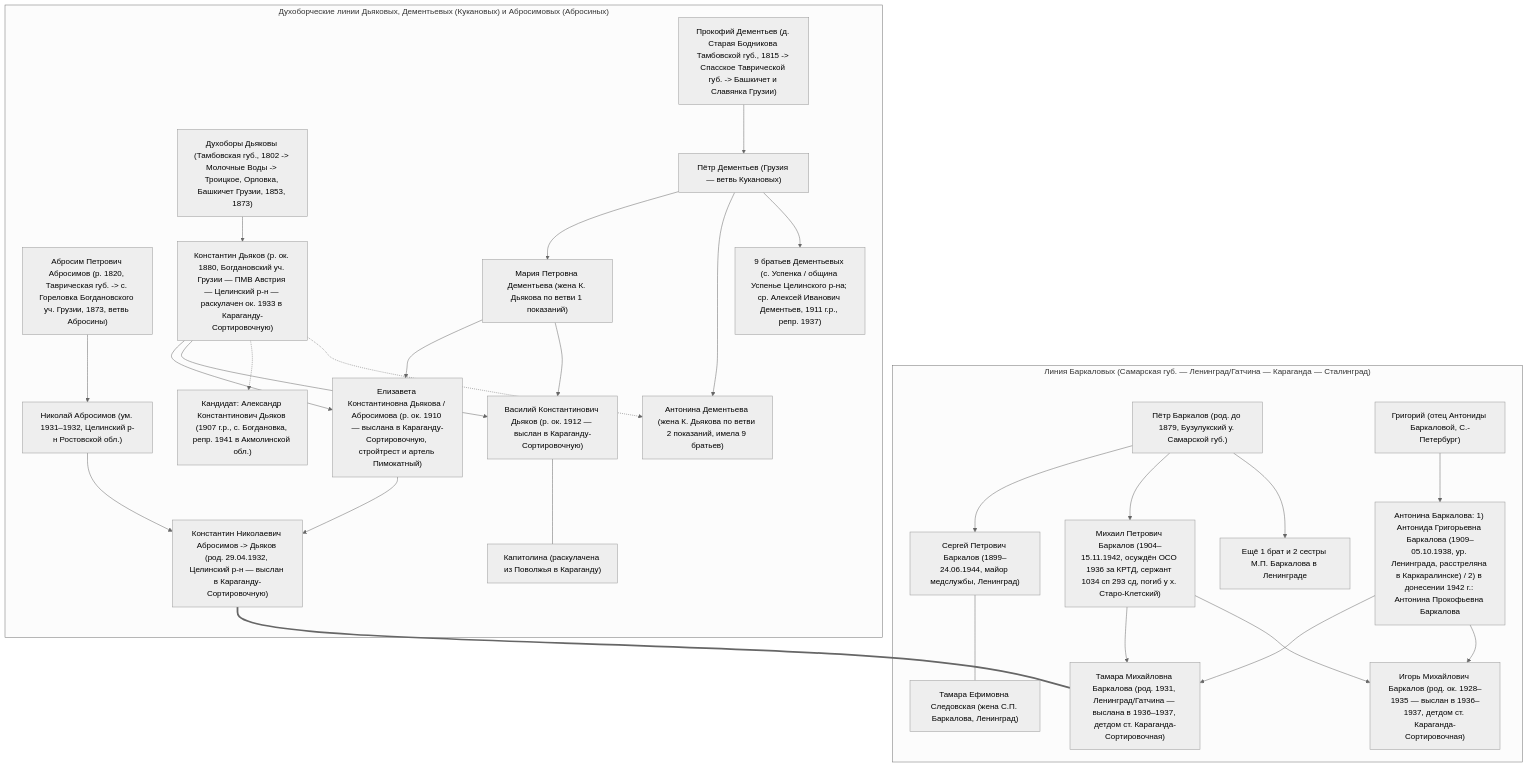
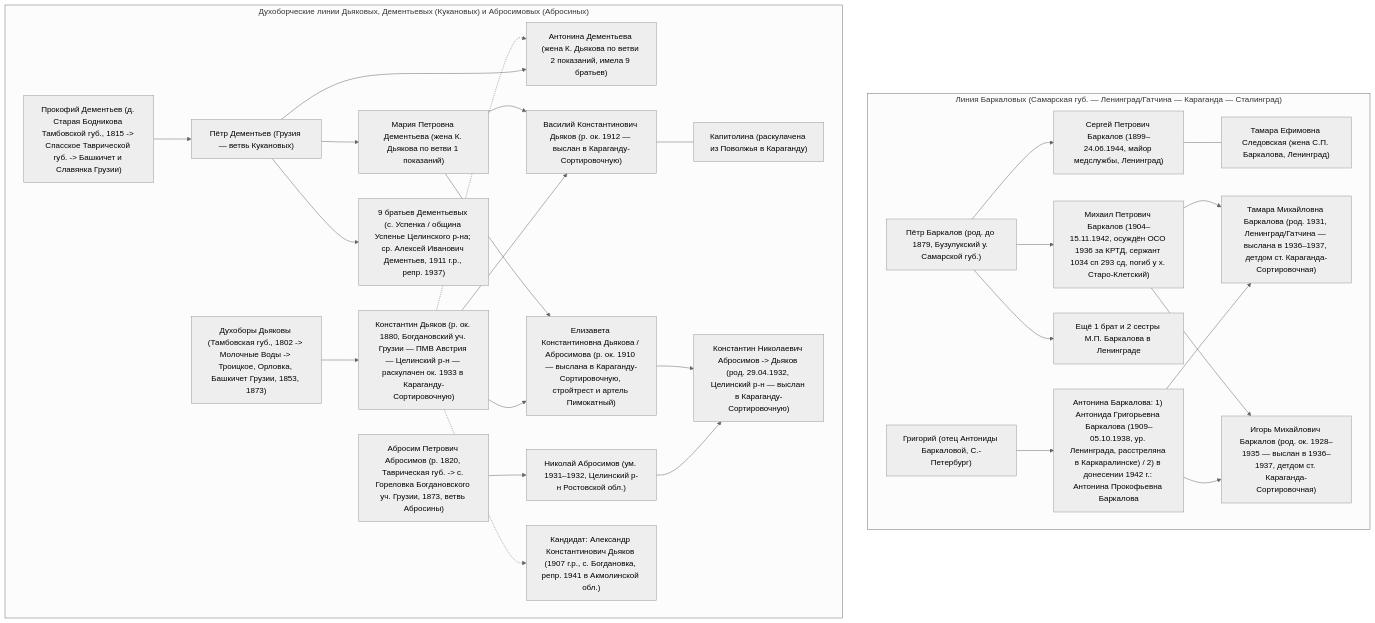
One commit to michaelyosta/barkalov-dyakov-genealogy changed the diagram in master_investigation_report.md. Above: the diagram before and after it, drawn with Mermaid (neutral theme). The commit also changed other lines of this file and 4 other files, not shown here.

````diff
--- a/master_investigation_report.md
+++ b/master_investigation_report.md
@@ -107,57 +107,57 @@
 ```mermaid
 flowchart TD
     subgraph BARK["Линия Баркаловых (Самарская губ. — Ленинград/Гатчина — Караганда — Сталинград)"]
         P_PETR["Пётр Баркалов (род. до 1879, Бузулукский у. Самарской губ.)"]
         P_GRIG["Григорий (отец Антониды Баркаловой, С.-Петербург)"]
         P_SERG["Сергей Петрович Баркалов (1899–24.06.1944, майор медслужбы, Ленинград)"]
         P_SLEDOV["Тамара Ефимовна Следовская (жена С.П. Баркалова, Ленинград)"]
         P_MIKH["Михаил Петрович Баркалов (1904–15.11.1942, осуждён ОСО 1936 за КРТД, сержант 1034 сп 293 сд, погиб у х. Старо-Клетский)"]
         P_ANT["Антонина Баркалова: 1) Антонида Григорьевна Баркалова (1909–05.10.1938, ур. Ленинграда, расстреляна в Каркаралинске) / 2) в донесении 1942 г.: Антонина Прокофьевна Баркалова"]
         P_SIB["Ещё 1 брат и 2 сестры М.П. Баркалова в Ленинграде"]
         P_TAM["Тамара Михайловна Баркалова (род. 1931, Ленинград/Гатчина — выслана в 1936–1937, детдом ст. Караганда-Сортировочная)"]
         P_IGOR["Игорь Михайлович Баркалов (род. ок. 1928–1935 — выслан в 1936–1937, детдом ст. Караганда-Сортировочная)"]
 
         P_PETR --> P_SERG
         P_PETR --> P_MIKH
         P_PETR --> P_SIB
         P_SERG --- P_SLEDOV
         P_GRIG --> P_ANT
         P_MIKH & P_ANT --> P_TAM
         P_MIKH & P_ANT --> P_IGOR
     end
 
     subgraph DOUKH["Духоборческие линии Дьяковых, Дементьевых (Кукановых) и Абросимовых (Абросиных)"]
         D_ANC["Духоборы Дьяковы (Тамбовская губ., 1802 -> Молочные Воды -> Троицкое, Орловка, Башкичет Грузии, 1853, 1873)"]
         DEM_ANC["Прокофий Дементьев (д. Старая Бодникова Тамбовской губ., 1815 -> Спасское Таврической губ. -> Башкичет и Славянка Грузии)"]
         ABR_ANC["Абросим Петрович Абросимов (р. 1820, Таврическая губ. -> с. Гореловка Богдановского уч. Грузии, 1873, ветвь Абросины)"]
 
         D_KONST["Константин Дьяков (р. ок. 1880, Богдановский уч. Грузии — ПМВ Австрия — Целинский р-н — раскулачен ок. 1933 в Караганду-Сортировочную)"]
         DEM_PETR["Пётр Дементьев (Грузия — ветвь Кукановых)"]
         DEM_MAR["Мария Петровна Дементьева (жена К. Дьякова по ветви 1 показаний)"]
         DEM_ANT["Антонина Дементьева (жена К. Дьякова по ветви 2 показаний, имела 9 братьев)"]
         DEM_9BR["9 братьев Дементьевых (с. Успенка / община Успенье Целинского р-на; ср. Алексей Иванович Дементьев, 1911 г.р., репр. 1937)"]
 
         D_ALEX["Кандидат: Александр Константинович Дьяков (1907 г.р., с. Богдановка, репр. 1941 в Акмолинской обл.)"]
         D_VAS["Василий Константинович Дьяков (р. ок. 1912 — выслан в Караганду-Сортировочную)"]
         D_KAP["Капитолина (раскулачена из Поволжья в Караганду)"]
         D_ELIZ["Елизавета Константиновна Дьякова / Абросимова (р. ок. 1910 — выслана в Караганду-Сортировочную, стройтрест и артель Пимокатный)"]
         ABR_NIK["Николай Абросимов (ум. 1931–1932, Целинский р-н Ростовской обл.)"]
         ABR_KONST["Константин Николаевич Абросимов -> Дьяков (род. 29.04.1932, Целинский р-н — выслан в Караганду-Сортировочную)"]
 
         D_ANC --> D_KONST
         DEM_ANC --> DEM_PETR
         DEM_PETR --> DEM_MAR
         DEM_PETR --> DEM_ANT
         DEM_PETR --> DEM_9BR
         ABR_ANC --> ABR_NIK
 
         D_KONST & DEM_MAR --> D_ELIZ
         D_KONST & DEM_MAR --> D_VAS
         D_KONST -.-> D_ALEX
         D_KONST -.-> DEM_ANT
         D_VAS --- D_KAP
         ABR_NIK & D_ELIZ --> ABR_KONST
     end
 
-    ABR_KONST === P_TAM
+    %% Ветви Баркаловых и Дьяковых-Абросимовых сходятся на ст. Караганда-Сортировочная, но конкретное поколение и актовая запись брачного союза подлежат установлению через ЗАГС.
 ```
````
